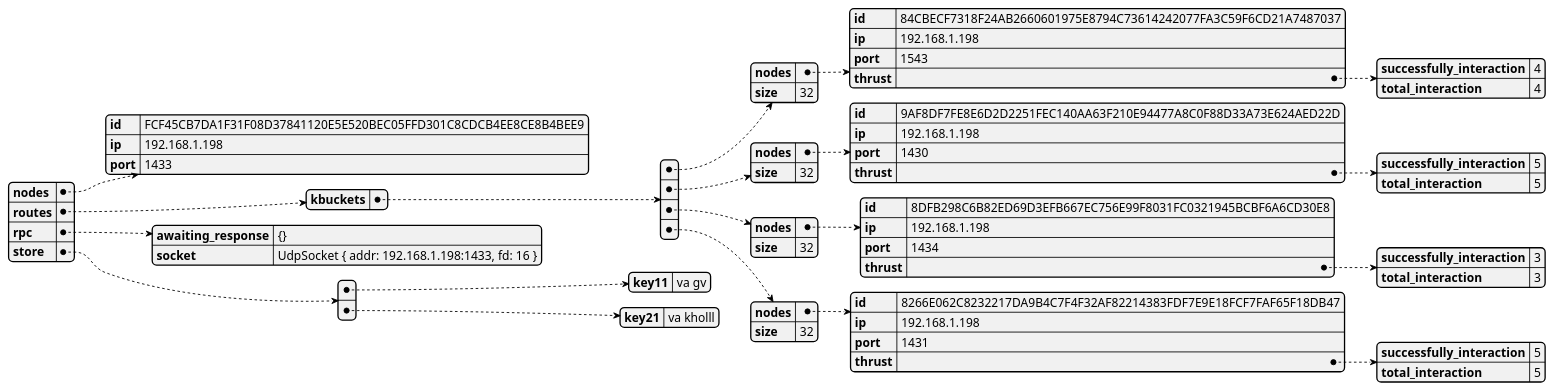
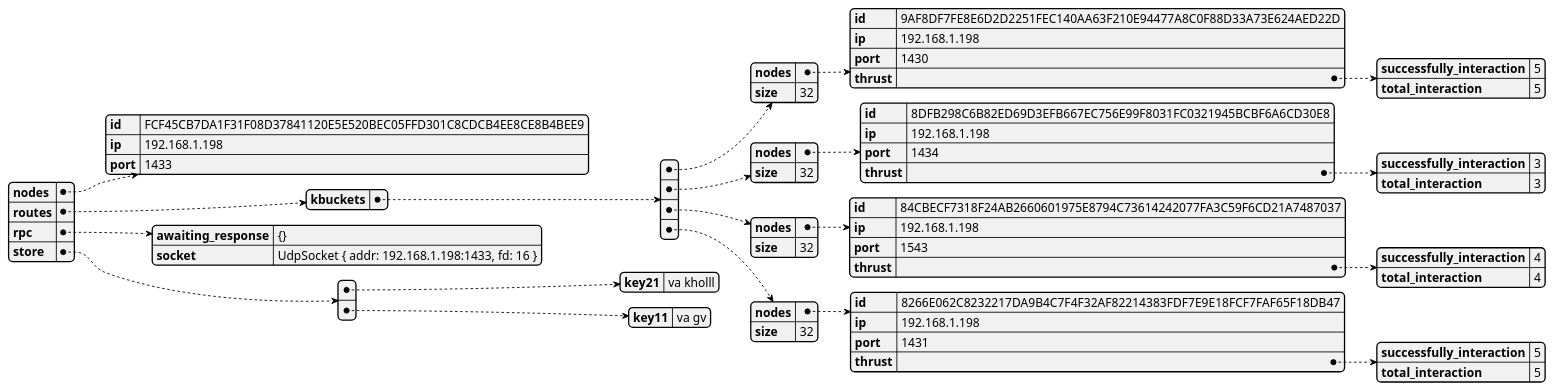
One commit to GoliathHagar/distributed_legder_kademlia changed the diagram in src/distributed_legder/state_dumps/test-contact-3.json.plantuml. Above: the diagram before and after it, drawn with PlantUML. The commit also changed 10 other files, not shown here.

```diff
--- a/src/distributed_legder/state_dumps/test-contact-3.json.plantuml
+++ b/src/distributed_legder/state_dumps/test-contact-3.json.plantuml
@@ -1,3 +1,3 @@
 @startjson
-{"nodes":{"id":"FCF45CB7DA1F31F08D37841120E5E520BEC05FFD301C8CDCB4EE8CE8B4BEE9","ip":"192.168.1.198","port":1433},"routes":{"kbuckets":[{"nodes":{"id":"84CBECF7318F24AB2660601975E8794C73614242077FA3C59F6CD21A7487037","ip":"192.168.1.198","port":1543,"thrust":{"successfully_interaction":4,"total_interaction":4}},"size":32},{"nodes":{"id":"9AF8DF7FE8E6D2D2251FEC140AA63F210E94477A8C0F88D33A73E624AED22D","ip":"192.168.1.198","port":1430,"thrust":{"successfully_interaction":5,"total_interaction":5}},"size":32},{"nodes":{"id":"8DFB298C6B82ED69D3EFB667EC756E99F8031FC0321945BCBF6A6CD30E8","ip":"192.168.1.198","port":1434,"thrust":{"successfully_interaction":3,"total_interaction":3}},"size":32},{"nodes":{"id":"8266E062C8232217DA9B4C7F4F32AF82214383FDF7E9E18FCF7FAF65F18DB47","ip":"192.168.1.198","port":1431,"thrust":{"successfully_interaction":5,"total_interaction":5}},"size":32}]},"rpc":{"awaiting_response":"{}","socket":"UdpSocket { addr: 192.168.1.198:1433, fd: 16 }"},"store":[{"key11":"va gv"},{"key21":"va kholll"}]}
+{"nodes":{"id":"FCF45CB7DA1F31F08D37841120E5E520BEC05FFD301C8CDCB4EE8CE8B4BEE9","ip":"192.168.1.198","port":1433},"routes":{"kbuckets":[{"nodes":{"id":"9AF8DF7FE8E6D2D2251FEC140AA63F210E94477A8C0F88D33A73E624AED22D","ip":"192.168.1.198","port":1430,"thrust":{"successfully_interaction":5,"total_interaction":5}},"size":32},{"nodes":{"id":"8DFB298C6B82ED69D3EFB667EC756E99F8031FC0321945BCBF6A6CD30E8","ip":"192.168.1.198","port":1434,"thrust":{"successfully_interaction":3,"total_interaction":3}},"size":32},{"nodes":{"id":"84CBECF7318F24AB2660601975E8794C73614242077FA3C59F6CD21A7487037","ip":"192.168.1.198","port":1543,"thrust":{"successfully_interaction":4,"total_interaction":4}},"size":32},{"nodes":{"id":"8266E062C8232217DA9B4C7F4F32AF82214383FDF7E9E18FCF7FAF65F18DB47","ip":"192.168.1.198","port":1431,"thrust":{"successfully_interaction":5,"total_interaction":5}},"size":32}]},"rpc":{"awaiting_response":"{}","socket":"UdpSocket { addr: 192.168.1.198:1433, fd: 16 }"},"store":[{"key21":"va kholll"},{"key11":"va gv"}]}
 @endjson
```
